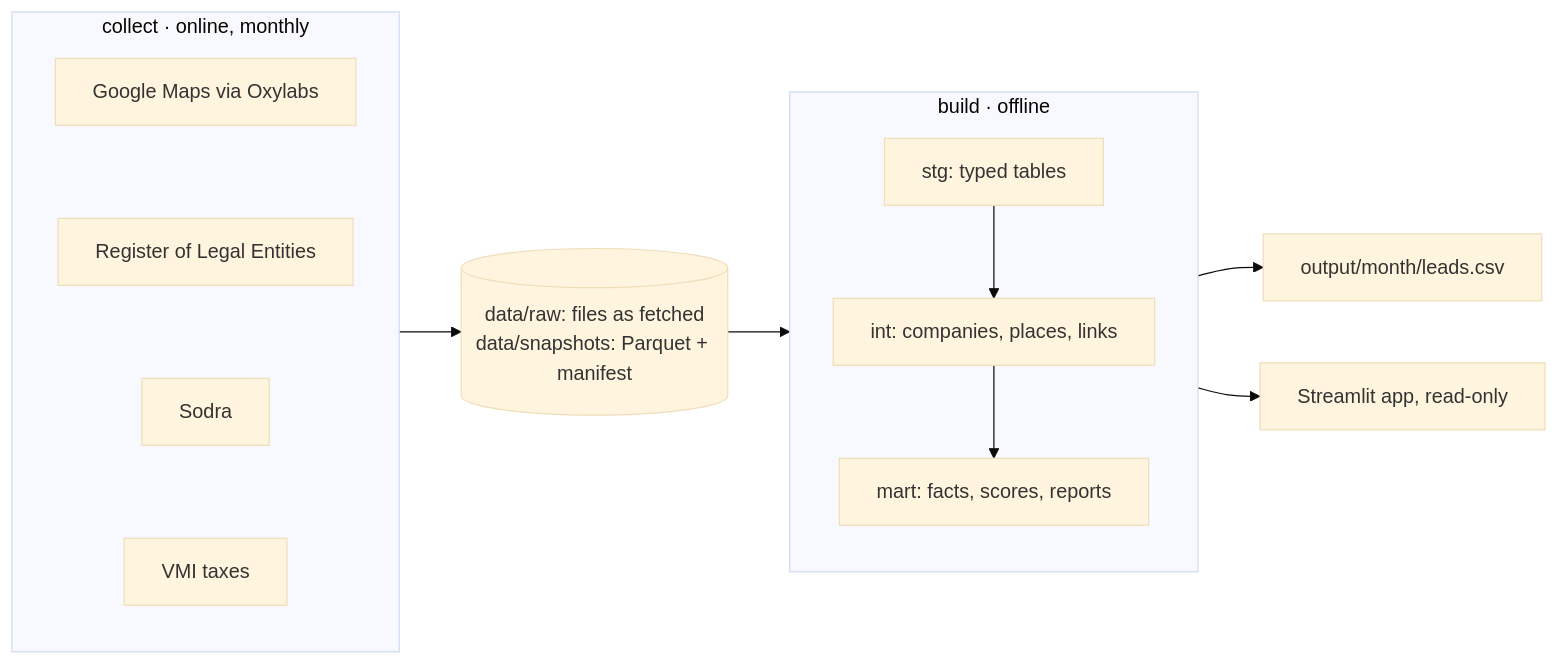
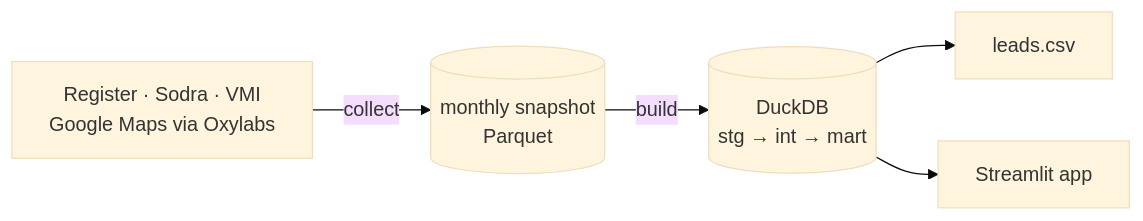
The second of 2 diagrams in README.md (SparkStartups/traceleads), drawn with Mermaid (base theme) before and after one commit. The commit also changed other lines of this file and 2 other files, not shown here.

````diff
--- a/README.md
+++ b/README.md
@@ -68,20 +58,7 @@
 ```mermaid
 flowchart LR
-    subgraph online["collect · online, monthly"]
-        direction TB
-        G["Google Maps via Oxylabs"]
-        J["Register of Legal Entities"]
-        S["Sodra"]
-        V["VMI taxes"]
-        G ~~~ J ~~~ S ~~~ V
-    end
-    online --> P[("data/raw: files as fetched<br/>data/snapshots: Parquet + manifest")]
-    subgraph offline["build · offline"]
-        direction TB
-        STG["stg: typed tables"] --> INT["int: companies, places, links"]
-        INT --> MART["mart: facts, scores, reports"]
-    end
-    P --> offline
-    offline --> CSV["output/month/leads.csv"]
-    offline --> APP["Streamlit app, read-only"]
+    S["Register · Sodra · VMI<br/>Google Maps via Oxylabs"] -->|collect| P[("monthly snapshot<br/>Parquet")]
+    P -->|build| W[("DuckDB<br/>stg → int → mart")]
+    W --> CSV["leads.csv"]
+    W --> APP["Streamlit app"]
 ```
````
